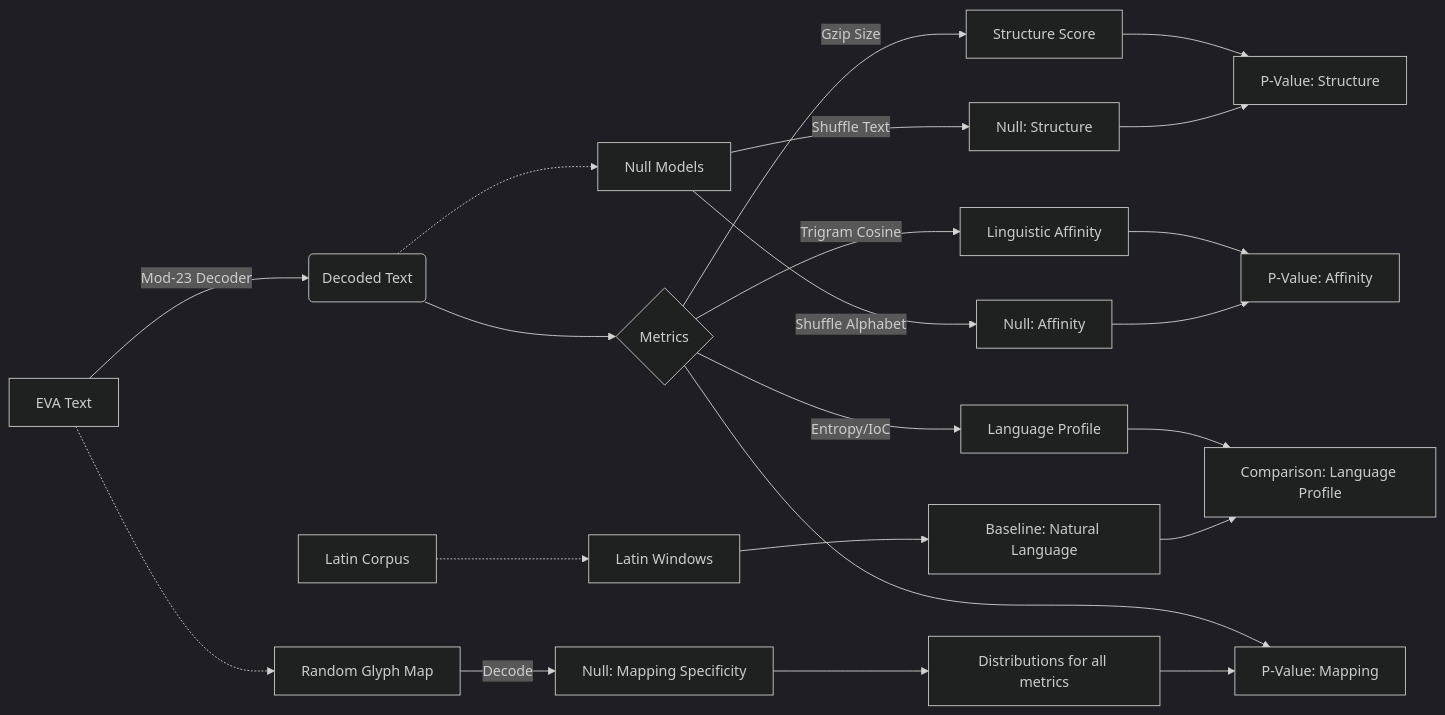
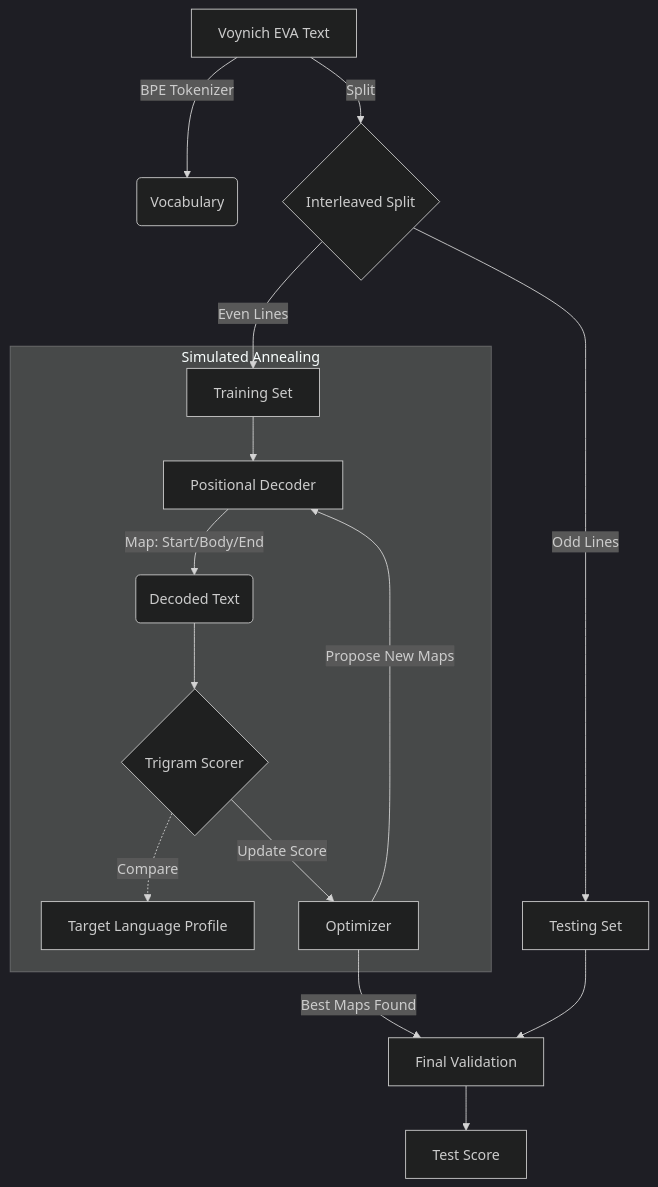
The diagram in README.md (seismicgear/voynich-mod23), drawn with Mermaid (dark theme) before and after one commit. The commit also changed other lines of this file and 13 other files, not shown here.

First line of the commit message:
Update documentation to reflect Version 2.0 (Positional Decoder)

````diff
--- a/README.md
+++ b/README.md
@@ -29,24 +24,20 @@
 ```mermaid
-graph LR
-    A[EVA Text] -->|Mod-23 Decoder| B(Decoded Text)
-    B --> C{Metrics}
-    C -->|Gzip Size| D[Structure Score]
-    C -->|Trigram Cosine| E[Linguistic Affinity]
-    C -->|Entropy/IoC| K[Language Profile]
+graph TD
+    A[Voynich EVA Text] -->|BPE Tokenizer| B(Vocabulary)
+    A -->|Split| C{Interleaved Split}
+    C -->|Even Lines| D[Training Set]
+    C -->|Odd Lines| E[Testing Set]
 
-    B -.-> F[Null Models]
-    F -->|Shuffle Text| G[Null: Structure]
-    F -->|Shuffle Alphabet| H[Null: Affinity]
+    subgraph Solver [Simulated Annealing]
+        D --> F[Positional Decoder]
+        F -->|Map: Start/Body/End| G(Decoded Text)
+        G --> H{Trigram Scorer}
+        H -.->|Compare| I[Target Language Profile]
+        H -->|Update Score| J[Optimizer]
+        J -->|Propose New Maps| F
+    end
 
-    A -.-> P[Random Glyph Map]
-    P -->|Decode| Q[Null: Mapping Specificity]
-    Q --> R[Distributions for all metrics]
-
-    L[Latin Corpus] -.-> M[Latin Windows]
-    M --> N[Baseline: Natural Language]
-
-    D & G --> I[P-Value: Structure]
-    E & H --> J[P-Value: Affinity]
-    K & N --> O[Comparison: Language Profile]
-    C & R --> S[P-Value: Mapping]
+    J -->|Best Maps Found| K[Final Validation]
+    E --> K
+    K --> L[Test Score]
 ```
````
